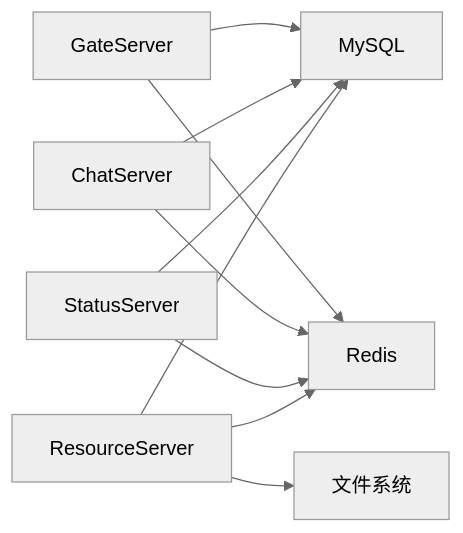
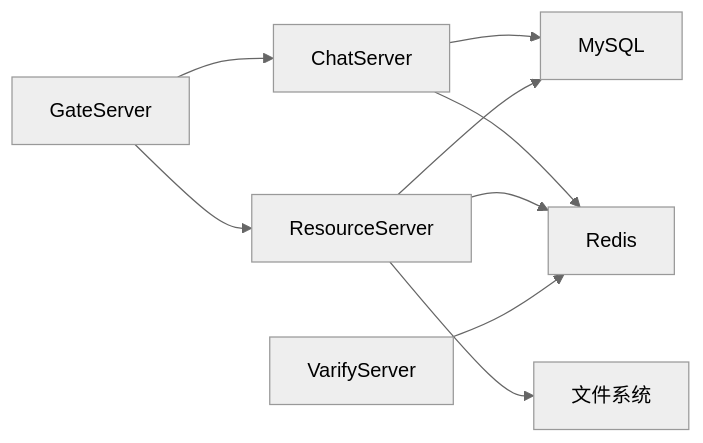
One commit to echo9923/mychatter changed the eighth of 8 diagrams in .qoder/repowiki/zh/content/部署运维/备份恢复.md. Above: the diagram before and after it, drawn with Mermaid (neutral theme). The commit also changed other lines of this file and 526 other files, not shown here.

````diff
--- a/.qoder/repowiki/zh/content/部署运维/备份恢复.md
+++ b/.qoder/repowiki/zh/content/部署运维/备份恢复.md
@@ -246,12 +295,11 @@
 ```mermaid
 graph LR
-Gate["GateServer"] --> M["MySQL"]
-Gate --> R["Redis"]
-Chat["ChatServer"] --> M
-Chat --> R
-Status["StatusServer"] --> M
-Status --> R
-Resource["ResourceServer"] --> M
-Resource --> R
-Resource --> FS["文件系统"]
+Gate["GateServer"] --> Chat["ChatServer"]
+Gate --> Res["ResourceServer"]
+Chat --> DB["MySQL"]
+Chat --> RC["Redis"]
+Res --> DB
+Res --> RC
+Res --> FS["文件系统"]
+VS["VarifyServer"] --> RC
 ```
````
